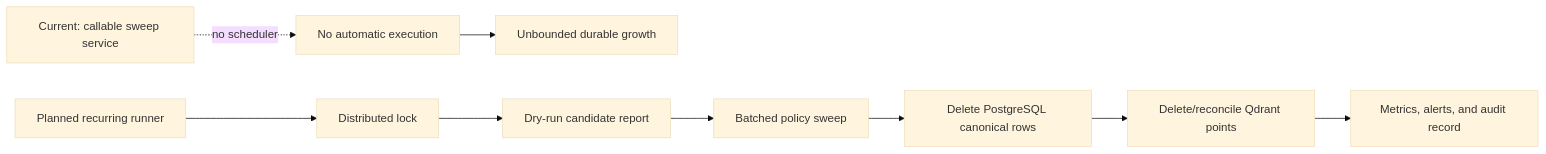
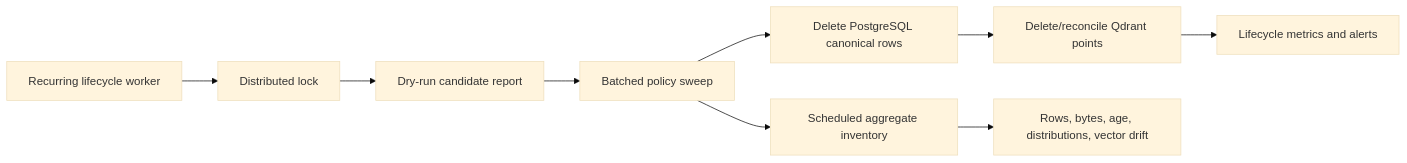
One commit to supuni9622/ResearchMind-AI changed the fifth of 9 diagrams in docs/MEMORY_MANAGEMENT_SUMMARY.md. Above: the diagram before and after it, drawn with Mermaid (base theme). The commit also changed other lines of this file and 34 other files, not shown here.

````diff
--- a/docs/MEMORY_MANAGEMENT_SUMMARY.md
+++ b/docs/MEMORY_MANAGEMENT_SUMMARY.md
@@ -231,12 +232,11 @@
 ```mermaid
 flowchart LR
-    A[Current: callable sweep service] -. no scheduler .-> N[No automatic execution]
-    N --> G[Unbounded durable growth]
-
-    S[Planned recurring runner] --> L[Distributed lock]
+    S[Recurring lifecycle worker] --> L[Distributed lock]
     L --> D[Dry-run candidate report]
     D --> B[Batched policy sweep]
     B --> P[Delete PostgreSQL canonical rows]
     P --> Q[Delete/reconcile Qdrant points]
-    Q --> M[Metrics, alerts, and audit record]
+    Q --> M[Lifecycle metrics and alerts]
+    B --> I[Scheduled aggregate inventory]
+    I --> R[Rows, bytes, age, distributions, vector drift]
 ```
````
